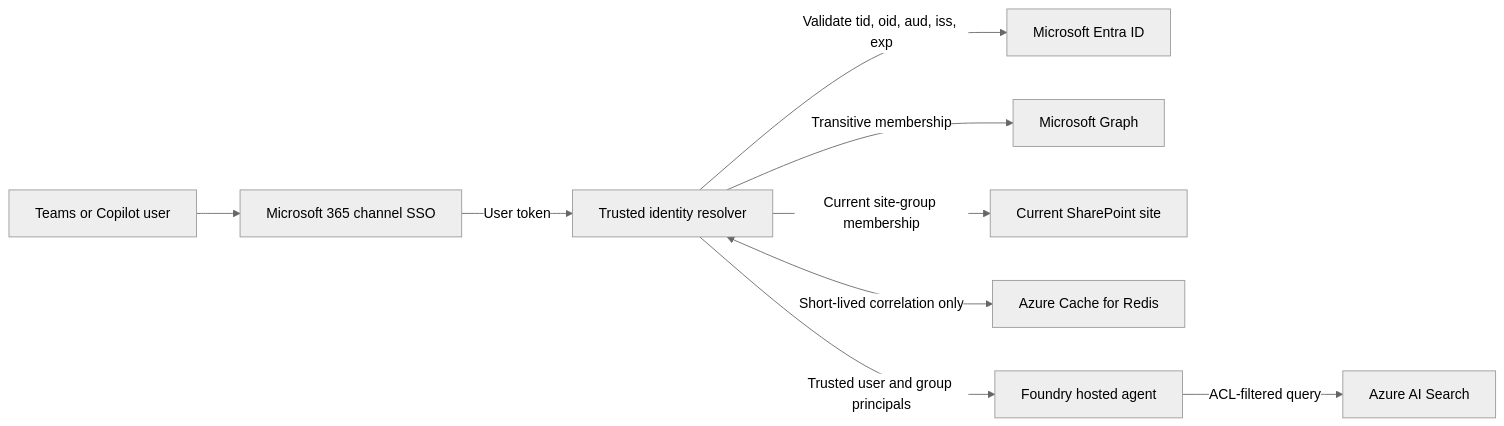
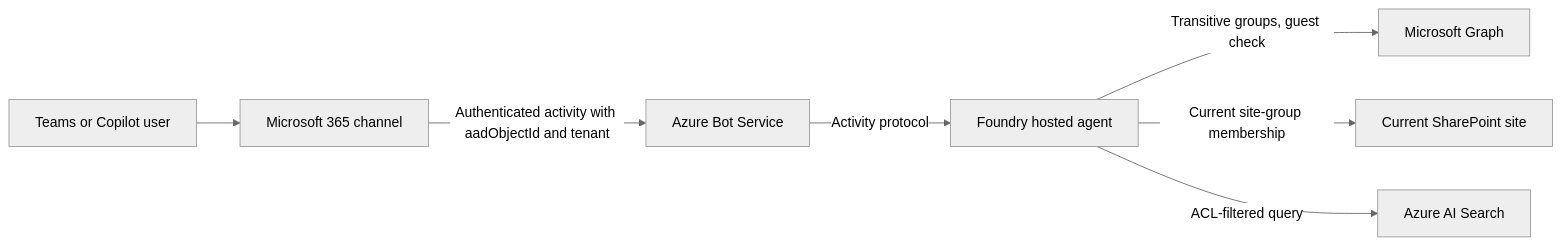
One commit to JanLangeDK/FoundrySharePointAgent changed the diagram in PLAN_PHASE_7_TEST_TENANT_IDENTITY.md. Above: the diagram before and after it, drawn with Mermaid (neutral theme). The commit also changed other lines of this file and 9 other files, not shown here.

````diff
--- a/PLAN_PHASE_7_TEST_TENANT_IDENTITY.md
+++ b/PLAN_PHASE_7_TEST_TENANT_IDENTITY.md
@@ -24,11 +40,9 @@
 ```mermaid
 flowchart LR
-    USER[Teams or Copilot user] --> CHANNEL[Microsoft 365 channel SSO]
-    CHANNEL -->|User token| API[Trusted identity resolver]
-    API -->|Validate tid, oid, aud, iss, exp| ENTRA[Microsoft Entra ID]
-    API -->|Transitive membership| GRAPH[Microsoft Graph]
-    API -->|Current site-group membership| SP[Current SharePoint site]
-    API <-->|Short-lived correlation only| REDIS[Azure Cache for Redis]
-    API -->|Trusted user and group principals| AGENT[Foundry hosted agent]
+    USER[Teams or Copilot user] --> CHANNEL[Microsoft 365 channel]
+    CHANNEL -->|Authenticated activity with aadObjectId and tenant| BOT[Azure Bot Service]
+    BOT -->|Activity protocol| AGENT[Foundry hosted agent]
+    AGENT -->|Transitive groups, guest check| GRAPH[Microsoft Graph]
+    AGENT -->|Current site-group membership| SP[Current SharePoint site]
     AGENT -->|ACL-filtered query| SEARCH[Azure AI Search]
 ```
````
